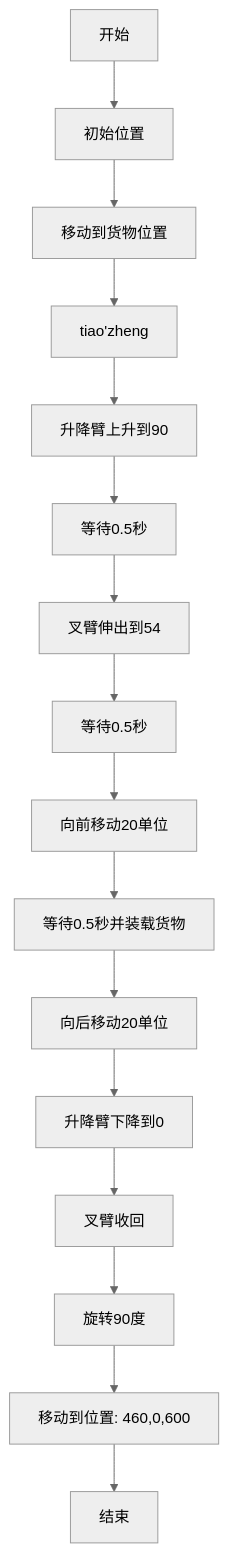
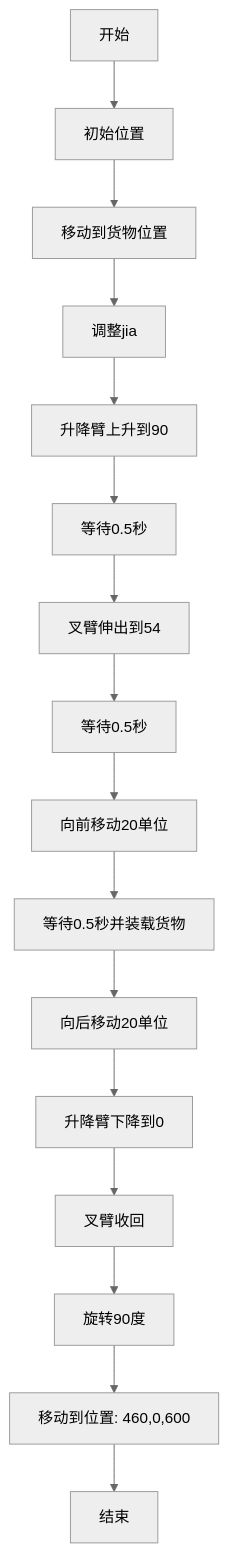
One commit to Mrmilu212/iodraw-files changed the diagram in all/未命名-1.md. Above: the diagram before and after it, drawn with Mermaid (neutral theme).

Commit message:
2025-05-20 14:21:59 update

````diff
--- a/all/未命名-1.md
+++ b/all/未命名-1.md
@@ -1,18 +1,18 @@
 ```mermaid
 graph TD
     A[开始] --> B[初始位置]
     B --> C[移动到货物位置]
-    C --> D[tiao'zheng]
+    C --> D[调整jia]
     D --> E[升降臂上升到90]
     E --> F[等待0.5秒]
     F --> G[叉臂伸出到54]
     G --> H[等待0.5秒]
     H --> I[向前移动20单位]
     I --> J[等待0.5秒并装载货物]
     J --> K[向后移动20单位]
     K --> L[升降臂下降到0]
     L --> M[叉臂收回]
     M --> N[旋转90度]
     N --> O[移动到位置: 460,0,600]
     O --> P[结束]
 ```
````
